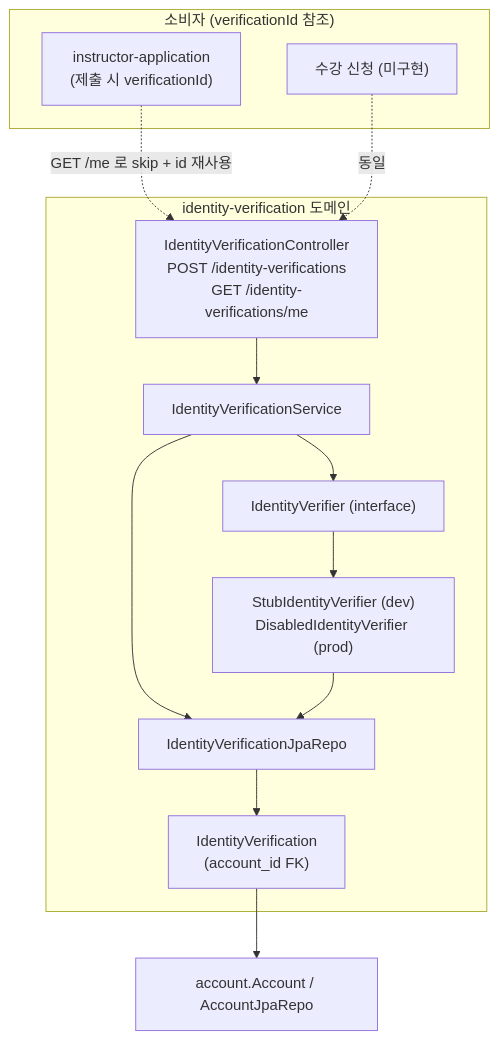
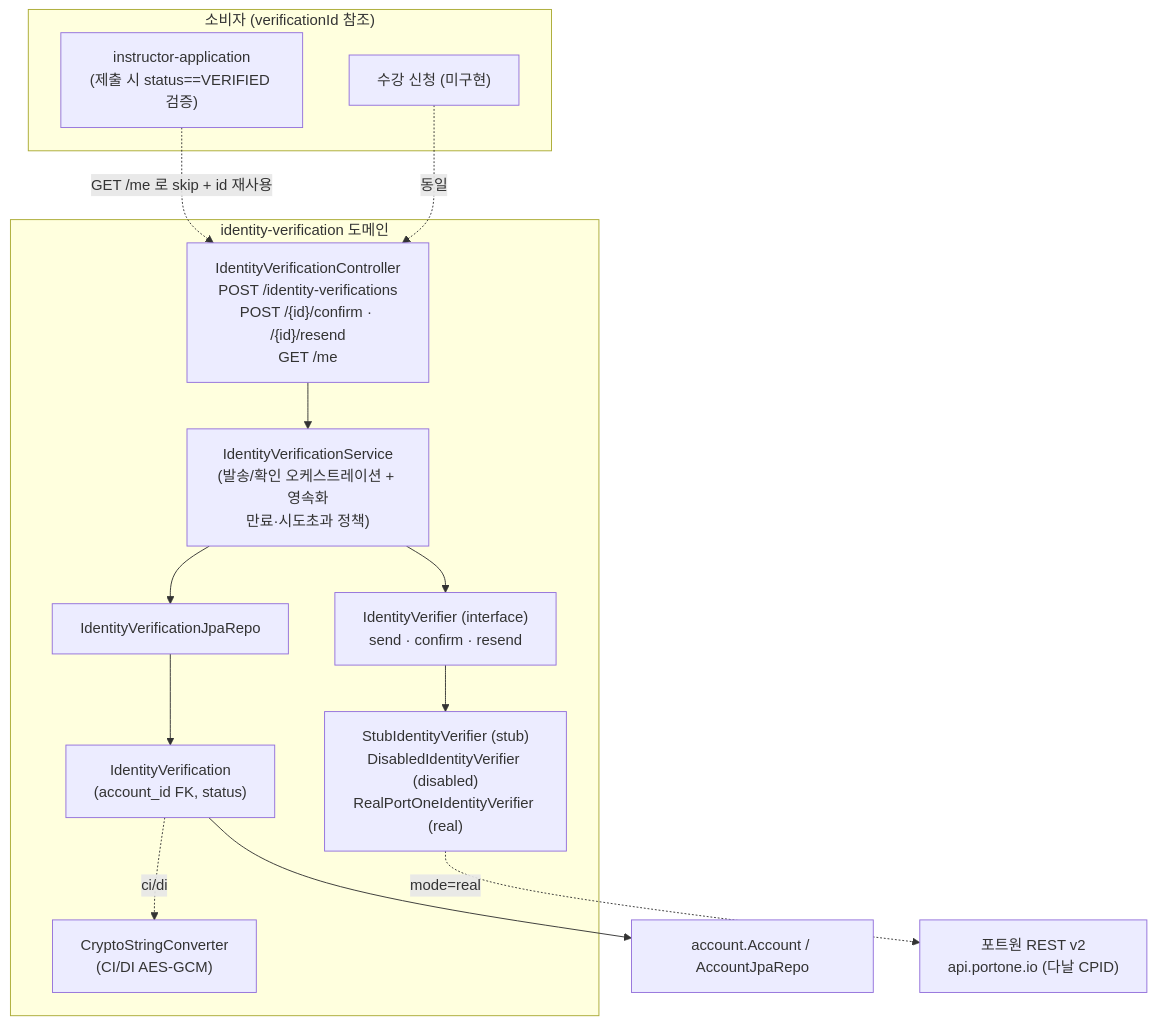
Before and after one commit to pungdong/Pungdong-Backend: the first of 4 diagrams in docs/architecture/identity-verification.md, drawn with Mermaid. The commit also changed other lines of this file and 6 other files, not shown here.

````diff
--- a/docs/architecture/identity-verification.md
+++ b/docs/architecture/identity-verification.md
@@ -15,26 +15,29 @@
 ```mermaid
 flowchart TB
     subgraph IDV["identity-verification 도메인"]
-        Ctl["IdentityVerificationController<br/>POST /identity-verifications<br/>GET /identity-verifications/me"]
-        Svc["IdentityVerificationService"]
-        Verifier["IdentityVerifier (interface)"]
-        Stub["StubIdentityVerifier (dev)<br/>DisabledIdentityVerifier (prod)"]
-        Entity["IdentityVerification<br/>(account_id FK)"]
+        Ctl["IdentityVerificationController<br/>POST /identity-verifications<br/>POST /{id}/confirm · /{id}/resend<br/>GET /me"]
+        Svc["IdentityVerificationService<br/>(발송/확인 오케스트레이션 + 영속화<br/>만료·시도초과 정책)"]
+        Verifier["IdentityVerifier (interface)<br/>send · confirm · resend"]
+        Impls["StubIdentityVerifier (stub)<br/>DisabledIdentityVerifier (disabled)<br/>RealPortOneIdentityVerifier (real)"]
+        Crypto["CryptoStringConverter<br/>(CI/DI AES-GCM)"]
+        Entity["IdentityVerification<br/>(account_id FK, status)"]
         Repo["IdentityVerificationJpaRepo"]
     end
 
     Account["account.Account / AccountJpaRepo"]
+    PortOne["포트원 REST v2<br/>api.portone.io (다날 CPID)"]
 
     subgraph Consumers["소비자 (verificationId 참조)"]
-        Instructor["instructor-application<br/>(제출 시 verificationId)"]
+        Instructor["instructor-application<br/>(제출 시 status==VERIFIED 검증)"]
         Lecture["수강 신청 (미구현)"]
     end
 
     Ctl --> Svc
-    Svc --> Verifier --> Stub
+    Svc --> Verifier --> Impls
+    Impls -. mode=real .-> PortOne
     Svc --> Repo --> Entity
-    Stub --> Repo
+    Entity -. ci/di .-> Crypto
     Entity --> Account
     Instructor -.GET /me 로 skip + id 재사용.-> Ctl
     Lecture -.동일.-> Ctl
 ```
````
